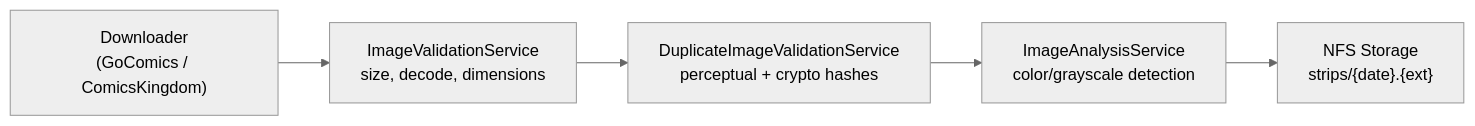
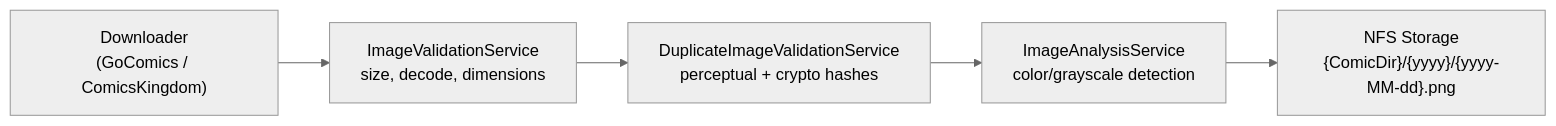
One commit to KKDad/ComicCacher changed the second of 2 diagrams in CLAUDE.md. Above: the diagram before and after it, drawn with Mermaid (neutral theme). The commit also changed 14 other files, not shown here.

````diff
--- a/CLAUDE.md
+++ b/CLAUDE.md
@@ -97,7 +97,7 @@
 ```mermaid
 graph LR
     DL["Downloader<br/>(GoComics / ComicsKingdom)"] --> VAL["ImageValidationService<br/>size, decode, dimensions"]
     VAL --> DEDUP["DuplicateImageValidationService<br/>perceptual + crypto hashes"]
     DEDUP --> ANALYZE["ImageAnalysisService<br/>color/grayscale detection"]
-    ANALYZE --> STORE["NFS Storage<br/>strips/{date}.{ext}"]
+    ANALYZE --> STORE["NFS Storage<br/>{ComicDir}/{yyyy}/{yyyy-MM-dd}.png"]
 ```
````
